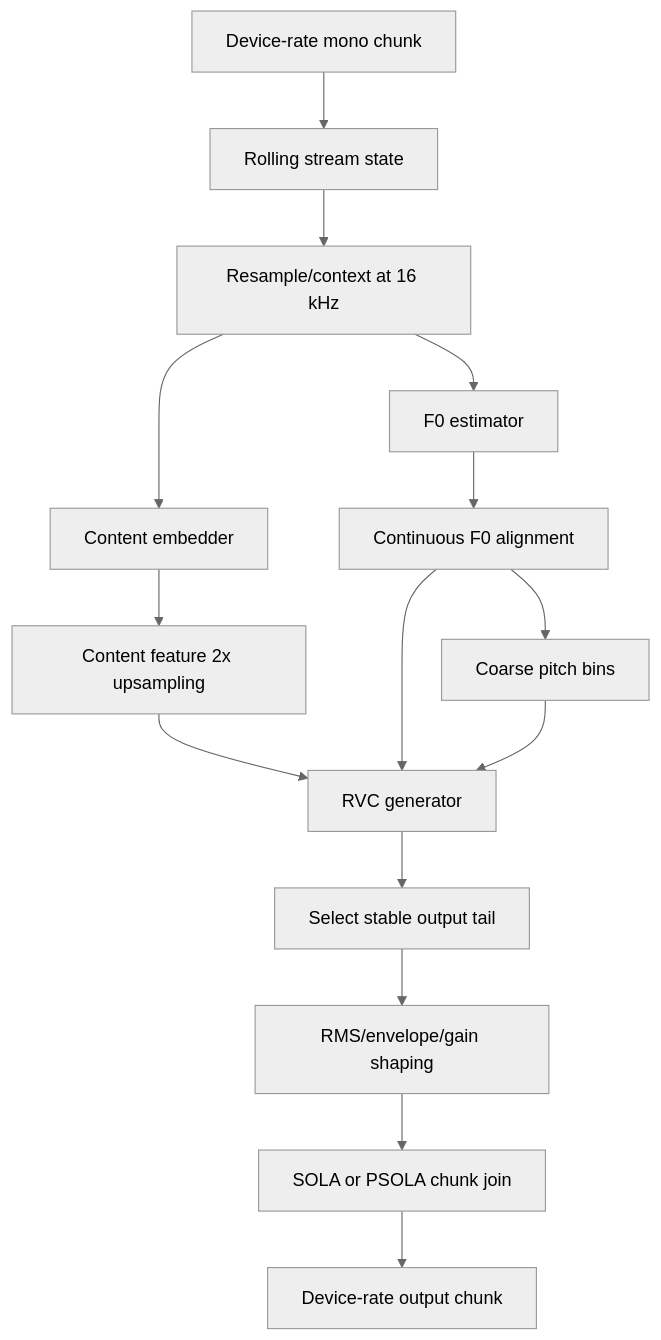
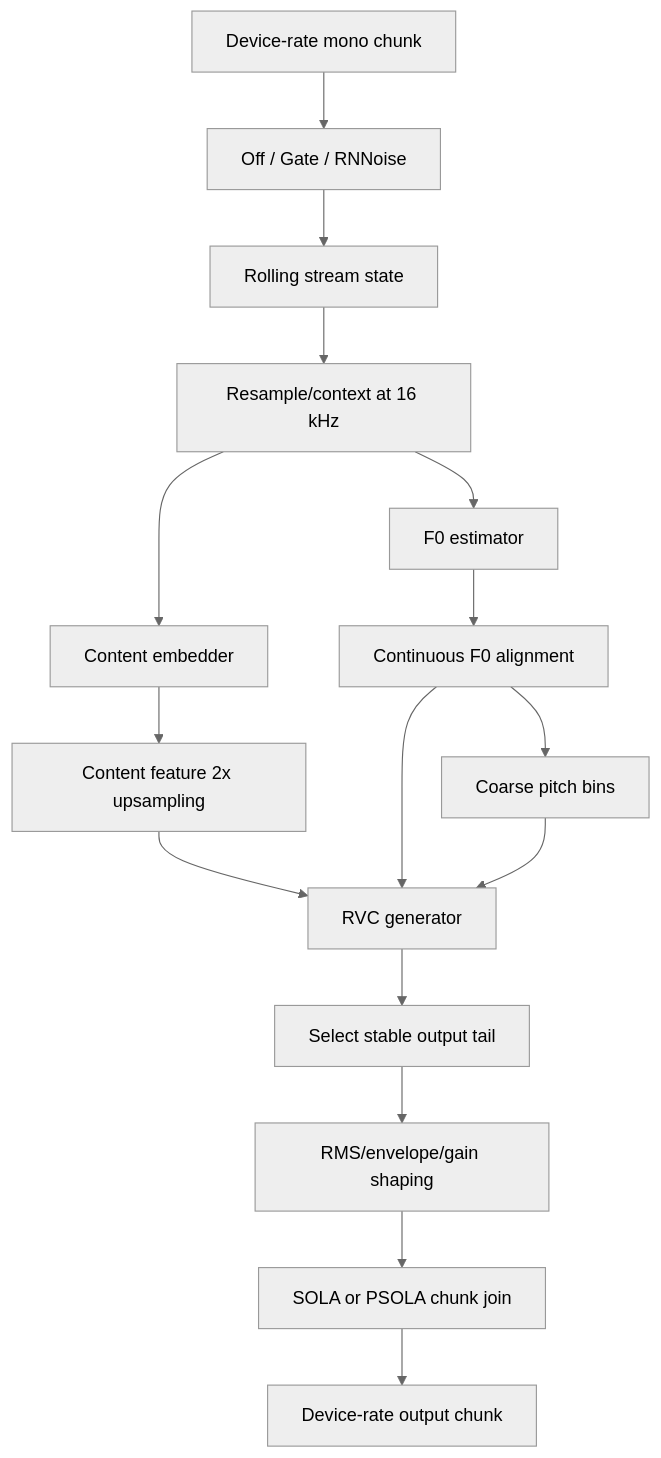
One commit to shirohata/vc-rs changed the second of 2 diagrams in docs/architecture.md. Above: the diagram before and after it, drawn with Mermaid (neutral theme). The commit also changed other lines of this file and 23 other files, not shown here.

````diff
--- a/docs/architecture.md
+++ b/docs/architecture.md
@@ -77,17 +77,18 @@
 ```mermaid
 flowchart TD
-    input["Device-rate mono chunk"] --> state["Rolling stream state"]
+    input["Device-rate mono chunk"] --> denoise["Off / Gate / RNNoise"]
+    denoise --> state["Rolling stream state"]
     state --> resample["Resample/context at 16 kHz"]
     resample --> embed["Content embedder"]
     resample --> f0["F0 estimator"]
     embed --> feats["Content feature 2x upsampling"]
     f0 --> pitchf["Continuous F0 alignment"]
     pitchf --> coarse["Coarse pitch bins"]
     feats --> rvc["RVC generator"]
     pitchf --> rvc
     coarse --> rvc
     rvc --> tail["Select stable output tail"]
     tail --> level["RMS/envelope/gain shaping"]
     level --> join["SOLA or PSOLA chunk join"]
     join --> device["Device-rate output chunk"]
 ```
````
